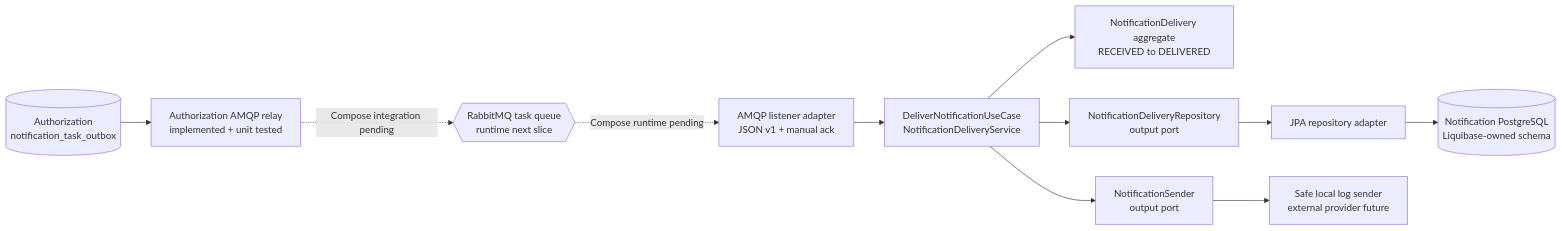
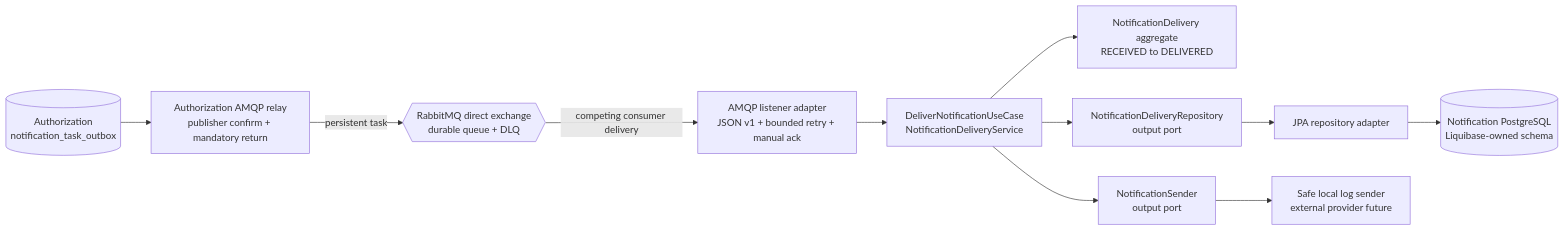
Before and after one commit to aydindemir1/health-insurance-platform: the first of 3 diagrams in docs/architecture/notification-worker.md, drawn with Mermaid. The commit also changed other lines of this file and 14 other files, not shown here.

````diff
--- a/docs/architecture/notification-worker.md
+++ b/docs/architecture/notification-worker.md
@@ -13,24 +11,24 @@
 ```mermaid
 flowchart LR
-    Rabbit{{"RabbitMQ task queue<br/>runtime next slice"}}
+    Rabbit{{"RabbitMQ direct exchange<br/>durable queue + DLQ"}}
     Producer[("Authorization<br/>notification_task_outbox")]
-    Listener["AMQP listener adapter<br/>JSON v1 + manual ack"]
+    Listener["AMQP listener adapter<br/>JSON v1 + bounded retry + manual ack"]
     UseCase["DeliverNotificationUseCase<br/>NotificationDeliveryService"]
     Aggregate["NotificationDelivery aggregate<br/>RECEIVED to DELIVERED"]
     RepositoryPort["NotificationDeliveryRepository<br/>output port"]
     SenderPort["NotificationSender<br/>output port"]
     Jpa["JPA repository adapter"]
     Sender["Safe local log sender<br/>external provider future"]
     Database[("Notification PostgreSQL<br/>Liquibase-owned schema")]
 
-    Producer --> Relay["Authorization AMQP relay<br/>implemented + unit tested"]
-    Relay -. "Compose integration pending" .-> Rabbit
-    Rabbit -. "Compose runtime pending" .-> Listener
+    Producer --> Relay["Authorization AMQP relay<br/>publisher confirm + mandatory return"]
+    Relay -->|"persistent task"| Rabbit
+    Rabbit -->|"competing consumer delivery"| Listener
     Listener --> UseCase
     UseCase --> Aggregate
     UseCase --> RepositoryPort
     UseCase --> SenderPort
     RepositoryPort --> Jpa
     Jpa --> Database
     SenderPort --> Sender
 ```
````
